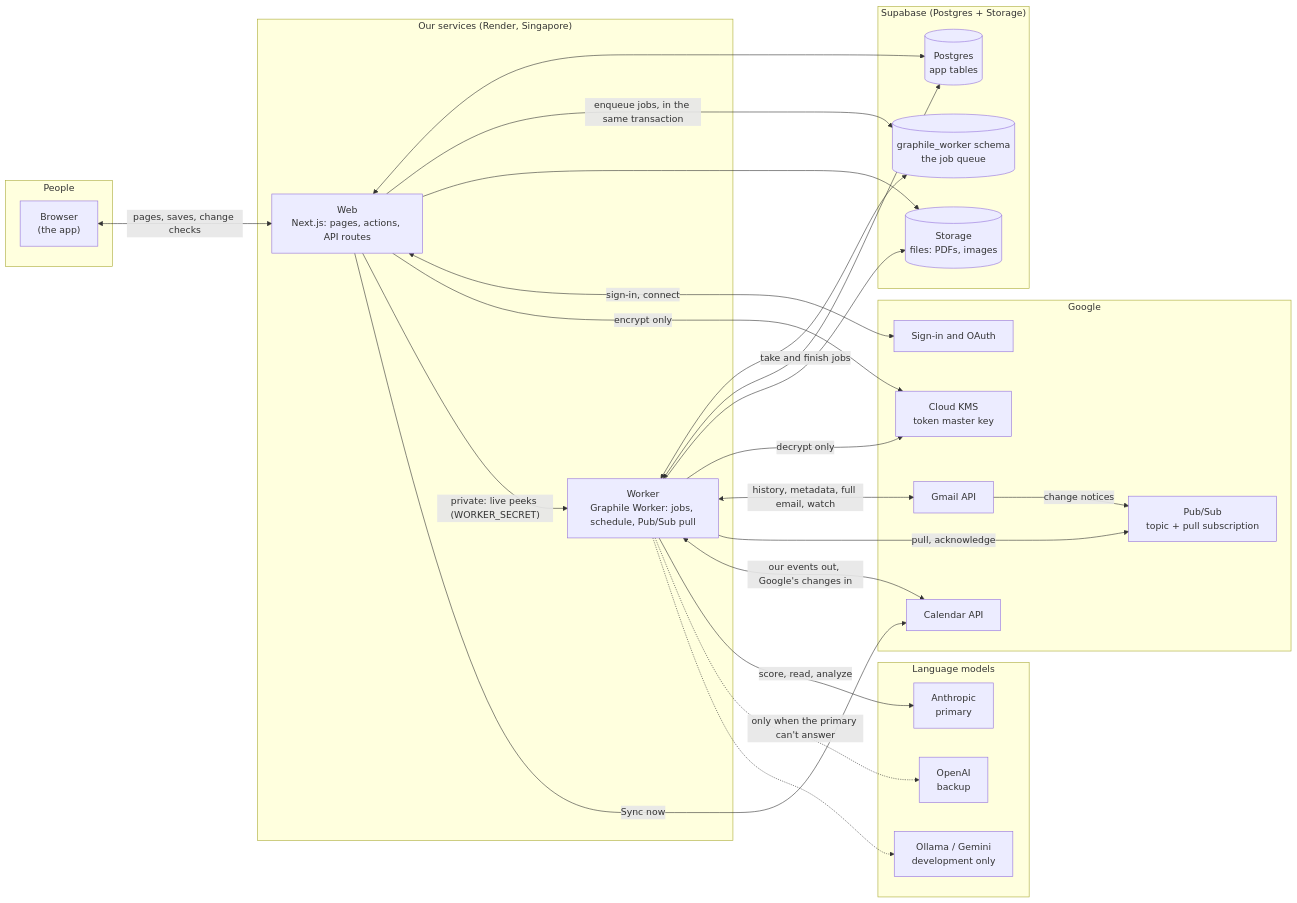
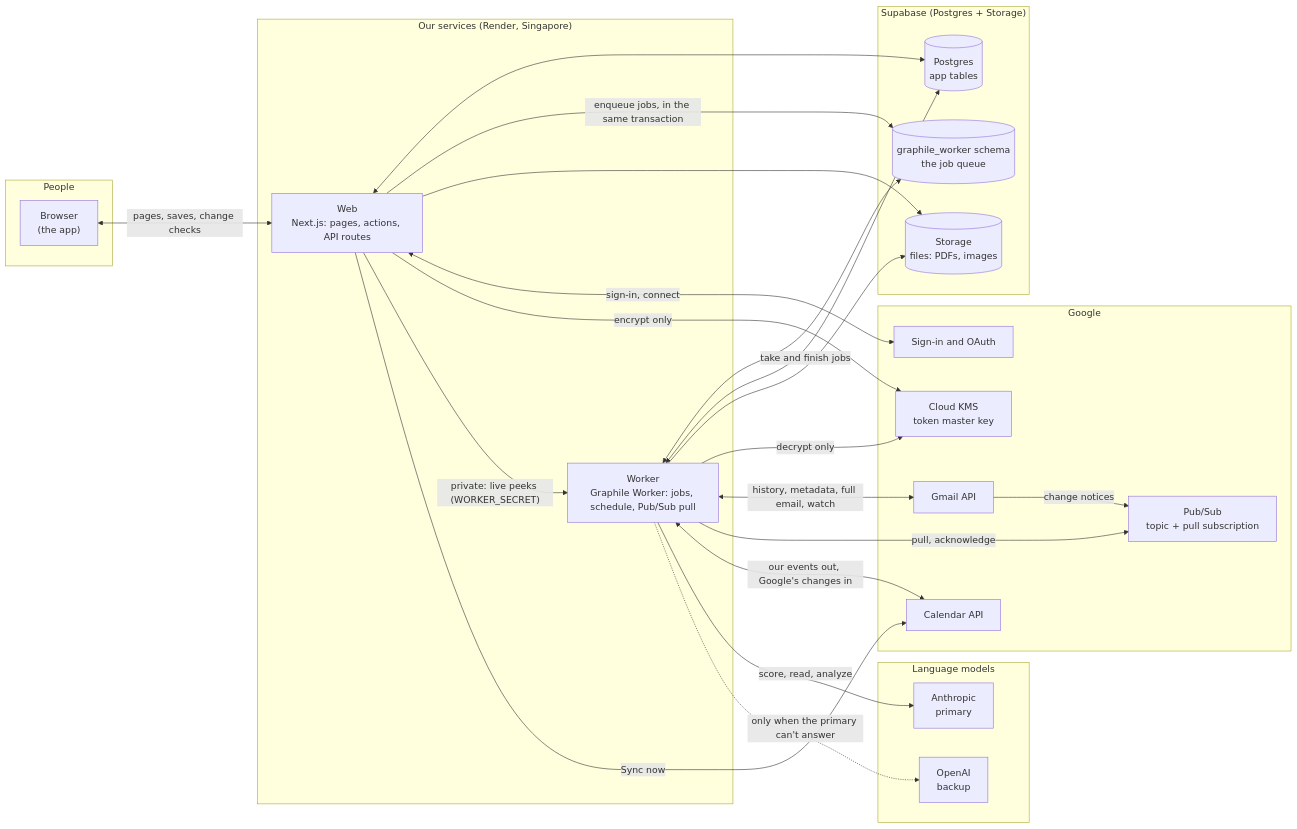
The first of 12 diagrams in docs/system-map.md (janiceyujie/talent_biz_os), drawn with Mermaid before and after one commit. The commit also changed other lines of this file and 36 other files, not shown here.

````diff
--- a/docs/system-map.md
+++ b/docs/system-map.md
@@ -19,52 +19,50 @@
 ```mermaid
 flowchart LR
   subgraph People
     B["Browser<br/>(the app)"]
   end
 
   subgraph Ours["Our services (Render, Singapore)"]
     W["Web<br/>Next.js: pages, actions, API routes"]
     K["Worker<br/>Graphile Worker: jobs, schedule, Pub/Sub pull"]
   end
 
   subgraph Data["Supabase (Postgres + Storage)"]
     DB[("Postgres<br/>app tables")]
     Q[("graphile_worker schema<br/>the job queue")]
     S[("Storage<br/>files: PDFs, images")]
   end
 
   subgraph Google["Google"]
     GA["Sign-in and OAuth"]
     GM["Gmail API"]
     PS["Pub/Sub<br/>topic + pull subscription"]
     GC["Calendar API"]
     KMS["Cloud KMS<br/>token master key"]
   end
 
   subgraph AI["Language models"]
     AN["Anthropic<br/>primary"]
     OA["OpenAI<br/>backup"]
-    DEV["Ollama / Gemini<br/>development only"]
   end
 
   B <-->|pages, saves, change checks| W
   W <--> DB
   W -->|enqueue jobs, in the same transaction| Q
   W --> S
   W <-->|sign-in, connect| GA
   W -->|encrypt only| KMS
   W -->|"private: live peeks (WORKER_SECRET)"| K
 
   K <-->|take and finish jobs| Q
   K <--> DB
   K --> S
   K -->|decrypt only| KMS
   K <-->|history, metadata, full email, watch| GM
   GM -->|change notices| PS
   K -->|pull, acknowledge| PS
   K <-->|our events out, Google's changes in| GC
   K -->|"score, read, analyze"| AN
   K -.->|only when the primary can't answer| OA
-  K -.-> DEV
   W -->|Sync now| GC
 ```
````
